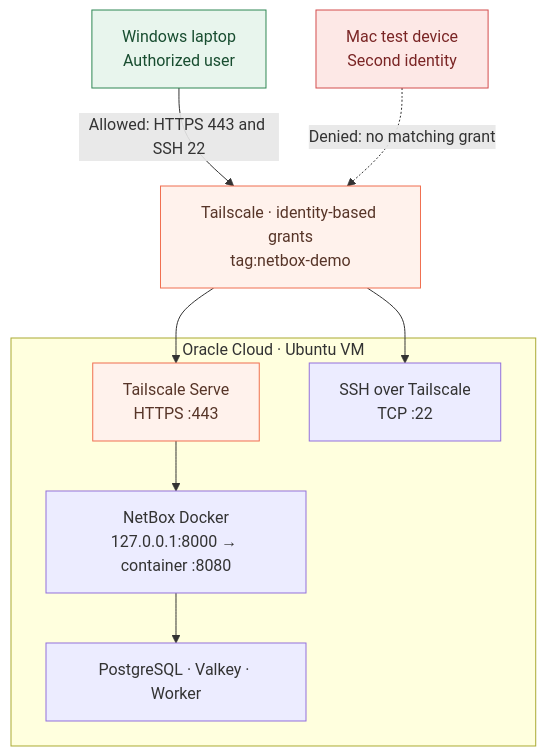
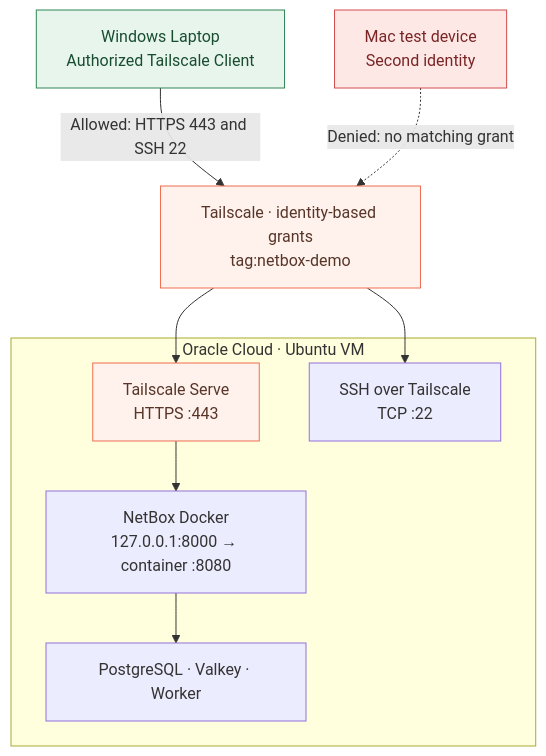
Before and after one commit to JaynaRogers/tailscale-netbox-zero-trust-demo: the diagram in README.md, drawn with Mermaid.

Commit message:
docs: label Windows client generically in public diagram

````diff
--- a/README.md
+++ b/README.md
@@ -10,26 +10,26 @@
 ```mermaid
 flowchart TB
-    WIN["Windows laptop<br/>Authorized user"]
+    WIN["Windows Laptop<br/>Authorized Tailscale Client"]
     MAC["Mac test device<br/>Second identity"]
     TS["Tailscale · identity-based grants<br/>tag:netbox-demo"]
 
     subgraph OCI["Oracle Cloud · Ubuntu VM"]
       SERVE["Tailscale Serve<br/>HTTPS :443"]
       SSH["SSH over Tailscale<br/>TCP :22"]
       BOX["NetBox Docker<br/>127.0.0.1:8000 → container :8080"]
       DATA["PostgreSQL · Valkey · Worker"]
       SERVE --> BOX --> DATA
     end
 
     WIN -->|"Allowed: HTTPS 443 and SSH 22"| TS
     MAC -.->|"Denied: no matching grant"| TS
     TS --> SERVE
     TS --> SSH
 
     classDef permitted fill:#E8F5ED,stroke:#2F8754,color:#184D30
     classDef blocked fill:#FDE8E6,stroke:#D34D4D,color:#7A2525
     classDef private fill:#FFF2EC,stroke:#F06F50,color:#573528
     class WIN permitted
     class MAC blocked
     class TS,SERVE private
 ```
````
